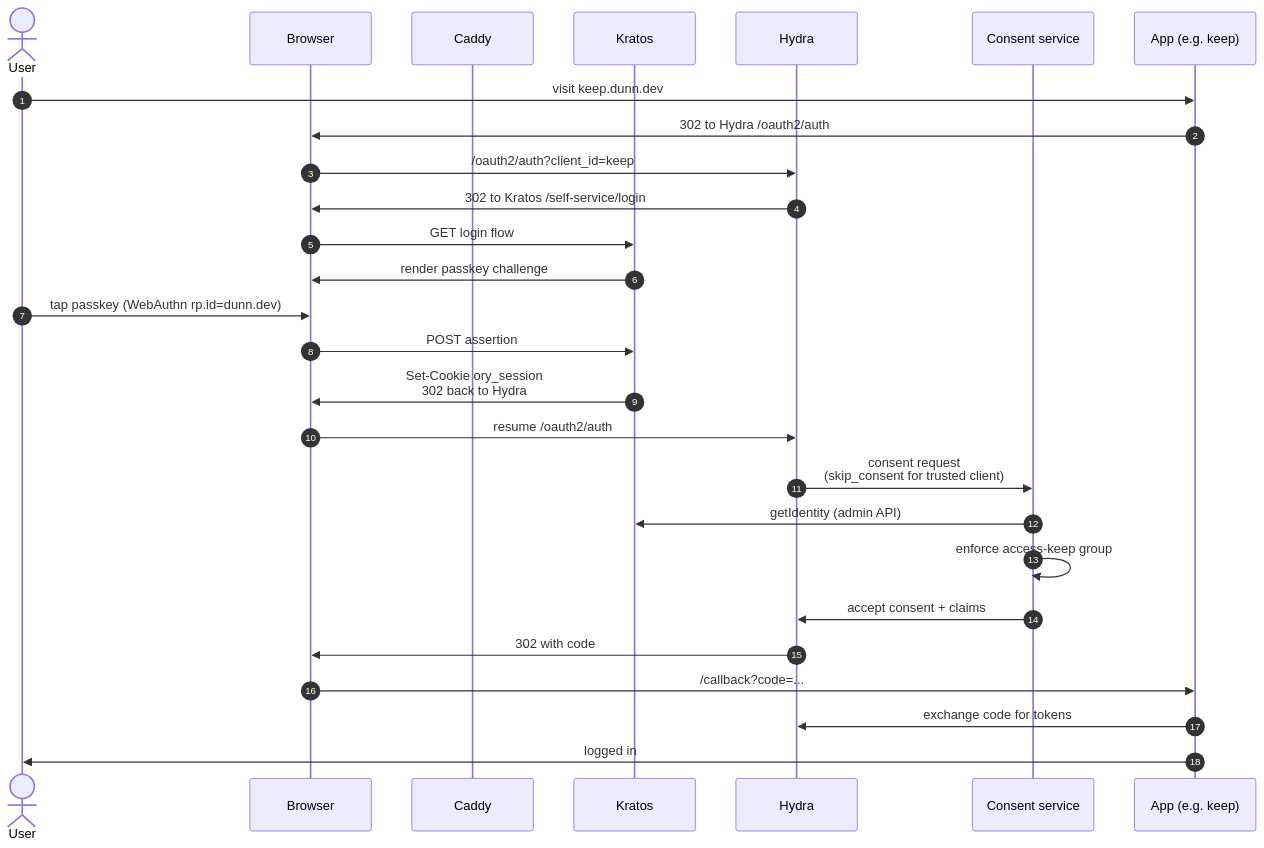
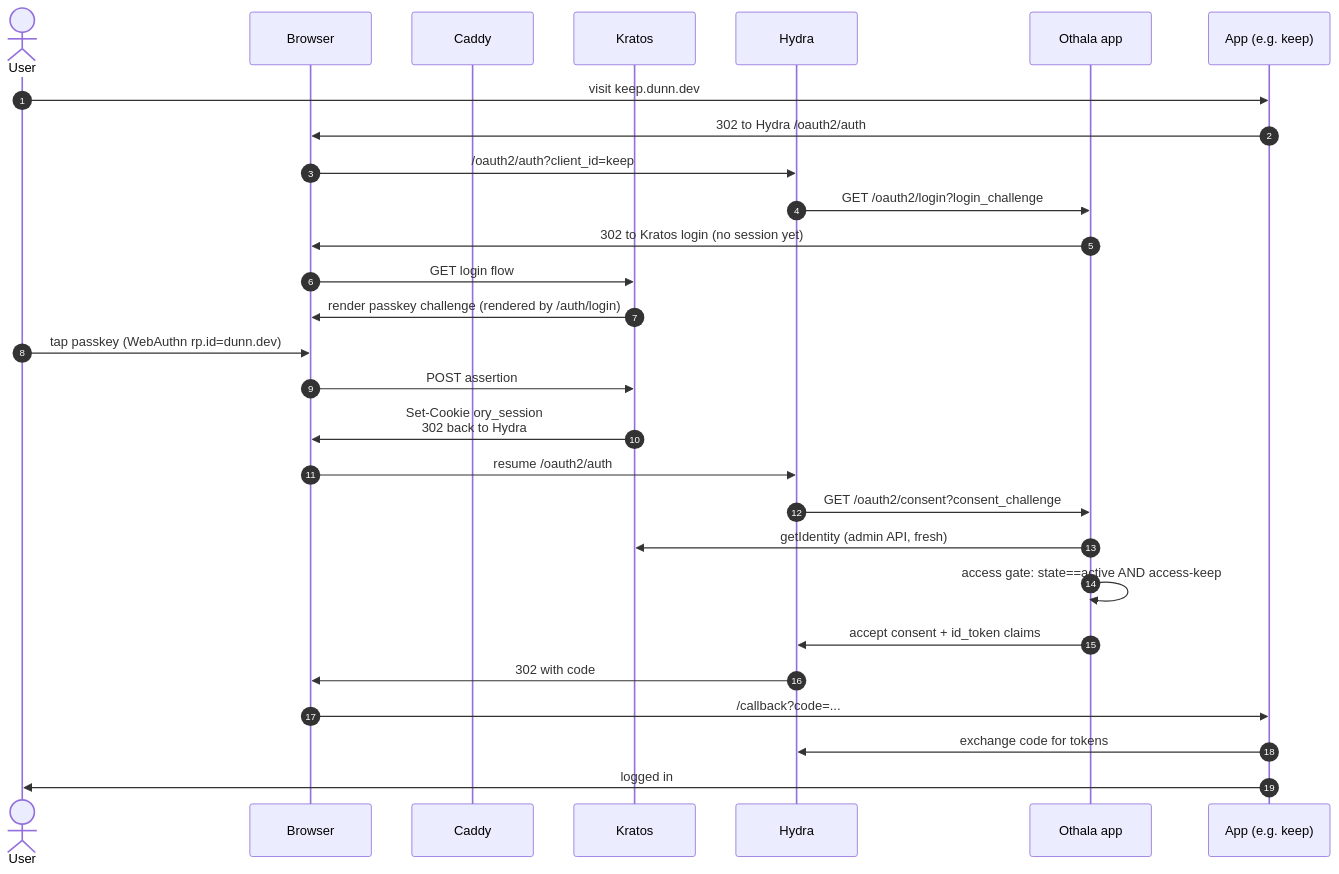
The first of 3 diagrams in ARCHITECTURE.md (andrewdunndev/othala), drawn with Mermaid before and after one commit. The commit also changed other lines of this file and 4 other files, not shown here.

First line of the commit message:
docs(othala): rewrite for the converged Othala/dag architecture (Wave D)

````diff
--- a/ARCHITECTURE.md
+++ b/ARCHITECTURE.md
@@ -295,30 +415,31 @@
 ```mermaid
 sequenceDiagram
   autonumber
   actor U as User
   participant B as Browser
   participant C as Caddy
   participant K as Kratos
   participant H as Hydra
-  participant CS as Consent service
+  participant O as Othala app
   participant A as App (e.g. keep)
 
   U->>A: visit keep.dunn.dev
   A->>B: 302 to Hydra /oauth2/auth
   B->>H: /oauth2/auth?client_id=keep
-  H->>B: 302 to Kratos /self-service/login
+  H->>O: GET /oauth2/login?login_challenge
+  O->>B: 302 to Kratos login (no session yet)
   B->>K: GET login flow
-  K->>B: render passkey challenge
+  K->>B: render passkey challenge (rendered by /auth/login)
   U->>B: tap passkey (WebAuthn rp.id=dunn.dev)
   B->>K: POST assertion
   K->>B: Set-Cookie ory_session<br/>302 back to Hydra
   B->>H: resume /oauth2/auth
-  H->>CS: consent request<br/>(skip_consent for trusted client)
-  CS->>K: getIdentity (admin API)
-  CS->>CS: enforce access-keep group
-  CS->>H: accept consent + claims
+  H->>O: GET /oauth2/consent?consent_challenge
+  O->>K: getIdentity (admin API, fresh)
+  O->>O: access gate: state==active AND access-keep
+  O->>H: accept consent + id_token claims
   H->>B: 302 with code
   B->>A: /callback?code=...
   A->>H: exchange code for tokens
   A->>U: logged in
 ```
````
